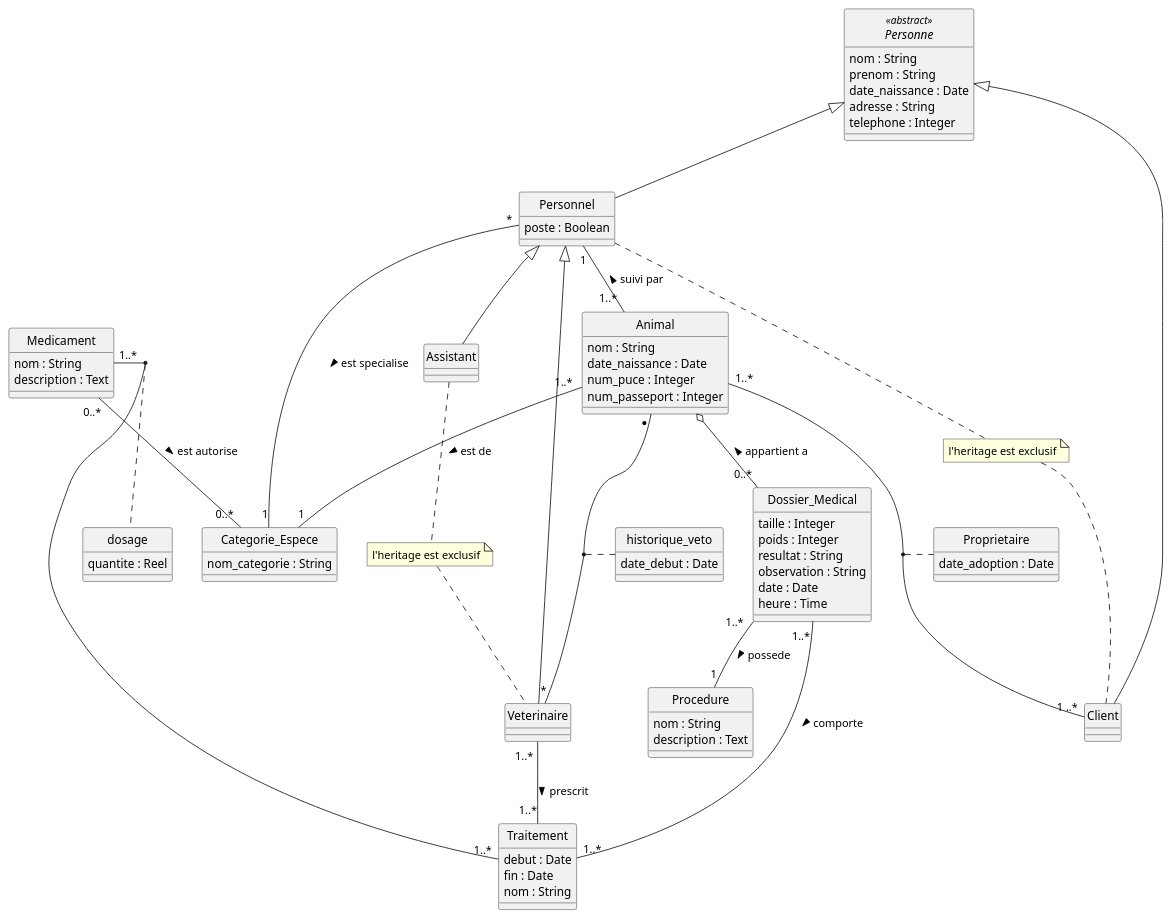
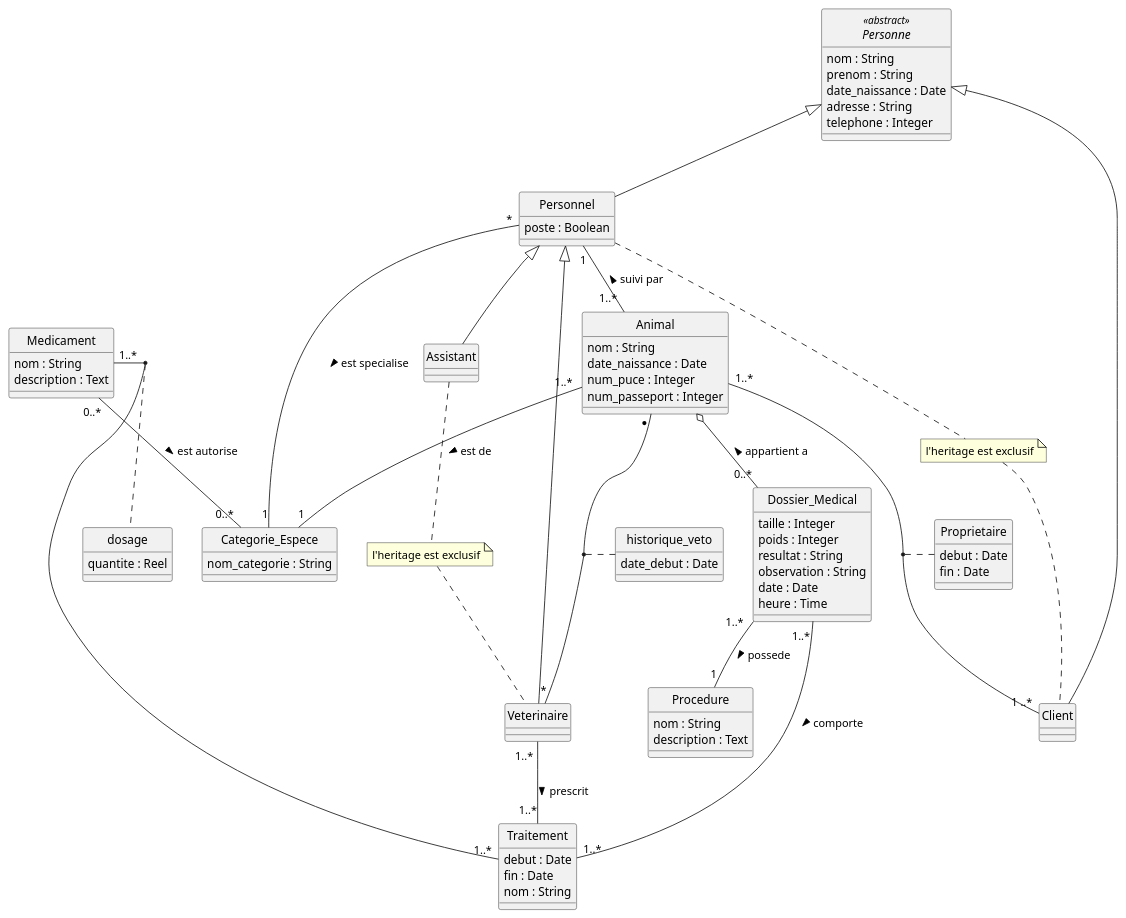
The diagram in veto.plantuml (eddymonji/Clinique_Veterinaire), drawn with PlantUML before and after one commit.

Commit message:
Dans Proprietaire: date_adoption suffit pas, changé pour debut et fin

```diff
--- a/veto.plantuml
+++ b/veto.plantuml
@@ -1,109 +1,110 @@
 @startuml Clinique Veterinaire
 skinparam Style strictuml
 skinparam SequenceMessageAlignment center
 
 abstract class Personne <<abstract>> {
     nom : String 
     prenom : String
     date_naissance : Date
     adresse : String
     telephone : Integer
 }
 
 class Personnel {
     poste : Boolean 
 }
 
 class Veterinaire
 
 class Assistant
 
 class Client {
 }
 
 class Animal {
     nom : String
     date_naissance : Date 
     num_puce : Integer
     num_passeport : Integer
 }
 
 class Categorie_Espece{
     nom_categorie : String
 }
 
 class Medicament {
     nom : String
     description : Text
 }
 
 class Traitement {
     debut : Date
     fin : Date 
     nom : String
 
 }
 
 class Dossier_Medical {
     taille : Integer
     poids : Integer
     resultat : String
     observation : String
     date : Date 
     heure : Time 
 }
 
 class Procedure{
     nom : String
     description : Text 
 }
 
 class dosage {
     quantite : Reel
 }
 
 class historique_veto {
     date_debut : Date
 }
 
 class Proprietaire{
-    date_adoption : Date
+    debut : Date
+    fin : Date
 }
 
 
 Medicament "1..*" - "1..*" Traitement
 (Medicament, Traitement) .. dosage
 
 Personne <|-- Personnel
 Personne <|-- Client
 
 Personnel <|-- Assistant
 Personnel <|-- Veterinaire
 Personnel "*" -- "1" Categorie_Espece : est specialise >
 Personnel "1" -- "1..* " Animal : < suivi par
 Animal "* " -- "*" Veterinaire 
 (Animal, Veterinaire) .. historique_veto
 
 
 Animal "1..* " -- "1" Categorie_Espece : est de >
 Animal "1..* " -- "1 ..*" Client 
 (Animal, Client) .. Proprietaire
 Animal o-- "0..*" Dossier_Medical : < appartient a 
 
 Dossier_Medical "1..* " -- "1..*" Traitement : comporte >
 Dossier_Medical "1..* " -- "1" Procedure : possede >
 
 Veterinaire "1..* " -- "1..*" Traitement : prescrit >
 
 Medicament "0..* " -- "0..*" Categorie_Espece : est autorise > 
 
 
 note "l'heritage est exclusif" as N2
 Personnel .. N2
 N2 .. Client
 
 note "l'heritage est exclusif" as N3
 Assistant .. N3
 N3 .. Veterinaire
 
 @enduml
```
